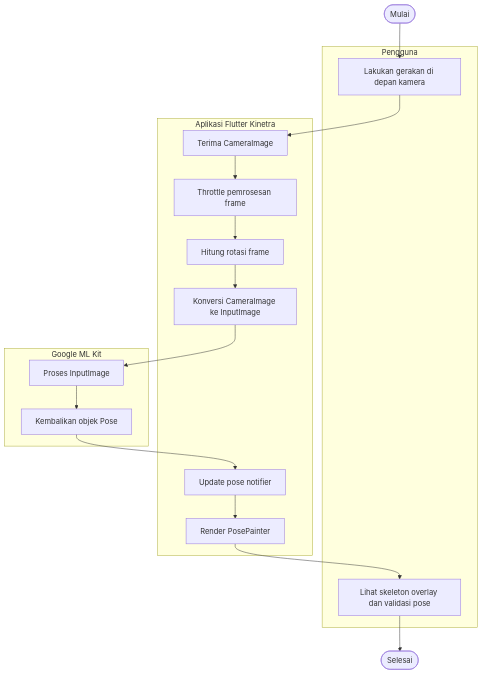
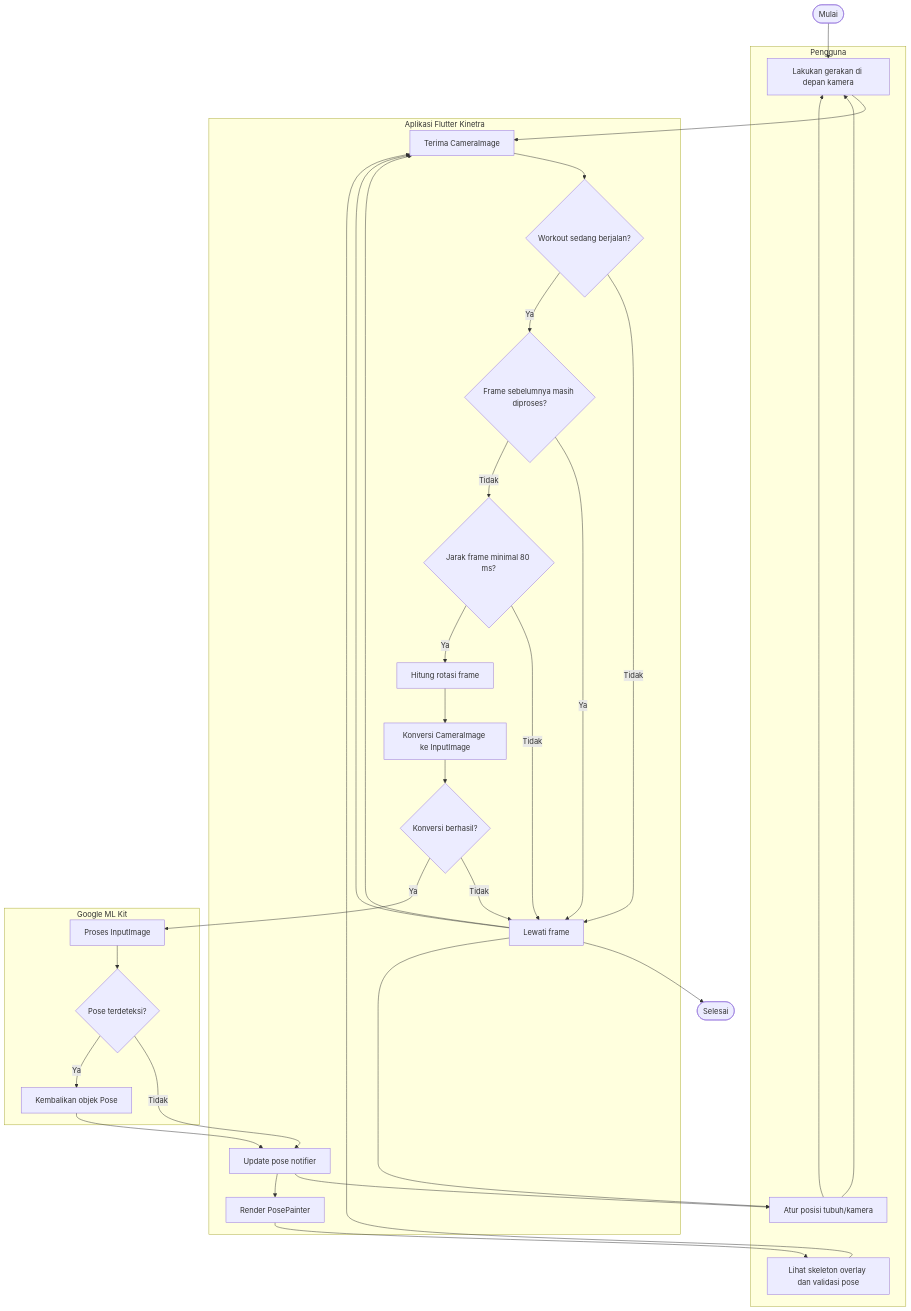
One commit to arifrachmatdx/Kinetra changed the ninth of 26 diagrams in docs/uml.md. Above: the diagram before and after it, drawn with Mermaid. The commit also changed other lines of this file and 1 other file, not shown here.

Commit message:
docs: add detailed UML decisions and alternatives

````diff
--- a/docs/uml.md
+++ b/docs/uml.md
@@ -273,22 +357,38 @@
 ```mermaid
 flowchart TD
     Start([Mulai])
     subgraph User["Pengguna"]
         MoveBody[Lakukan gerakan di depan kamera]
+        AdjustPosition[Atur posisi tubuh/kamera]
         SeeOverlay[Lihat skeleton overlay dan validasi pose]
     end
     subgraph App["Aplikasi Flutter Kinetra"]
         ReceiveFrame[Terima CameraImage]
+        IsWorkoutStarted{Workout sedang berjalan?}
+        IsProcessing{Frame sebelumnya masih diproses?}
+        ThrottleOk{Jarak frame minimal 80 ms?}
         ComputeRotation[Hitung rotasi frame]
         ConvertImage[Konversi CameraImage ke InputImage]
+        ConversionOk{Konversi berhasil?}
         UpdatePoseNotifier[Update pose notifier]
         RenderOverlay[Render PosePainter]
-        ThrottleFrame[Throttle pemrosesan frame]
+        SkipFrame[Lewati frame]
     end
     subgraph MLKit["Google ML Kit"]
         ProcessImage[Proses InputImage]
+        PoseDetected{Pose terdeteksi?}
         ReturnPose[Kembalikan objek Pose]
     end
 
-    Start --> MoveBody --> ReceiveFrame --> ThrottleFrame --> ComputeRotation --> ConvertImage --> ProcessImage --> ReturnPose --> UpdatePoseNotifier --> RenderOverlay --> SeeOverlay --> End([Selesai])
+    Start --> MoveBody --> ReceiveFrame --> IsWorkoutStarted
+    IsWorkoutStarted -->|Tidak| SkipFrame --> End([Selesai])
+    IsWorkoutStarted -->|Ya| IsProcessing
+    IsProcessing -->|Ya| SkipFrame --> ReceiveFrame
+    IsProcessing -->|Tidak| ThrottleOk
+    ThrottleOk -->|Tidak| SkipFrame --> ReceiveFrame
+    ThrottleOk -->|Ya| ComputeRotation --> ConvertImage --> ConversionOk
+    ConversionOk -->|Tidak| SkipFrame --> AdjustPosition --> MoveBody
+    ConversionOk -->|Ya| ProcessImage --> PoseDetected
+    PoseDetected -->|Tidak| UpdatePoseNotifier --> AdjustPosition --> MoveBody
+    PoseDetected -->|Ya| ReturnPose --> UpdatePoseNotifier --> RenderOverlay --> SeeOverlay --> ReceiveFrame
 ```
````
